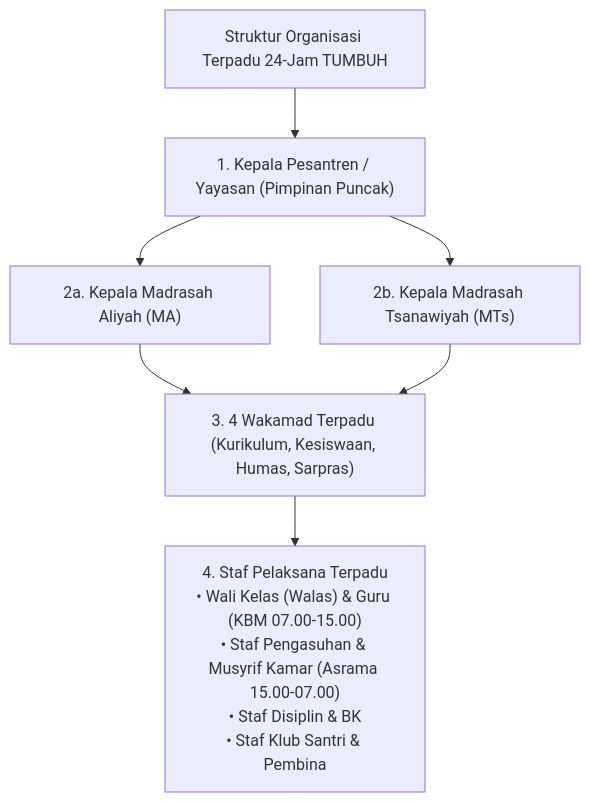
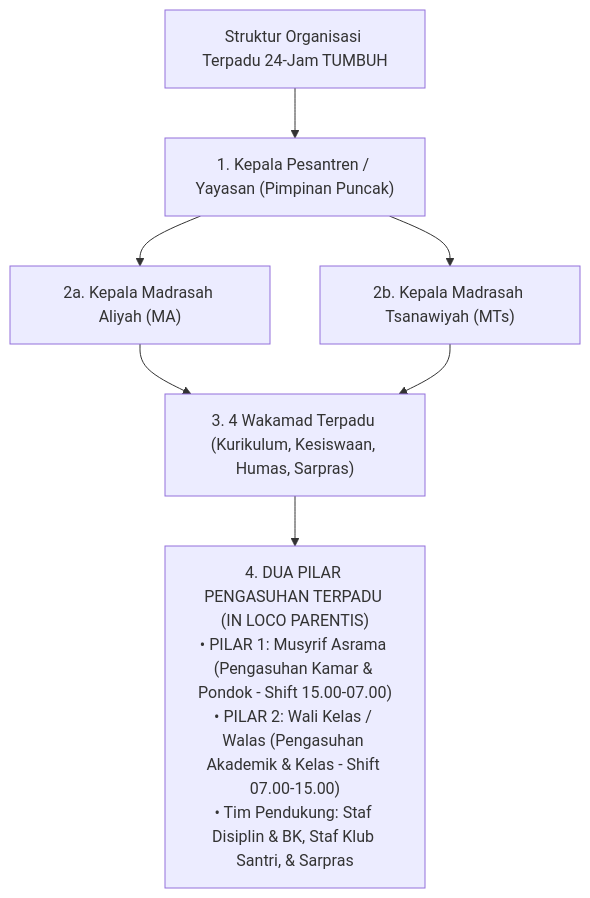
The first of 3 diagrams in 07 Implementation Framework/Jurnal-Monograf-Riset-Struktur-Terpadu-Pengasuhan.md (wandiapriliyandi/tumbuh), drawn with Mermaid before and after one commit. The commit also changed other lines of this file and 3 other files, not shown here.

Commit message:
feat: affirm Dual-Pillar Caretaking Concept (Musyrif Asrama + Wali Kelas Walas) in In Loco Parentis framework

````diff
--- a/07 Implementation Framework/Jurnal-Monograf-Riset-Struktur-Terpadu-Pengasuhan.md
+++ b/07 Implementation Framework/Jurnal-Monograf-Riset-Struktur-Terpadu-Pengasuhan.md
@@ -26,10 +26,10 @@
 ```mermaid
 graph TD
     IntegratedOrg["Struktur Organisasi Terpadu 24-Jam TUMBUH"]
     IntegratedOrg --> Pimpinan["1. Kepala Pesantren / Yayasan (Pimpinan Puncak)"]
     Pimpinan --> KMA["2a. Kepala Madrasah Aliyah (MA)"]
     Pimpinan --> KMTS["2b. Kepala Madrasah Tsanawiyah (MTs)"]
     KMA --> WakamadGroup["3. 4 Wakamad Terpadu (Kurikulum, Kesiswaan, Humas, Sarpras)"]
     KMTS --> WakamadGroup
-    WakamadGroup --> StafPelaksana["4. Staf Pelaksana Terpadu<br/>• Wali Kelas (Walas) & Guru (KBM 07.00-15.00)<br/>• Staf Pengasuhan & Musyrif Kamar (Asrama 15.00-07.00)<br/>• Staf Disiplin & BK<br/>• Staf Klub Santri & Pembina"]
+    WakamadGroup --> DualPillarCaretaking["4. DUA PILAR PENGASUHAN TERPADU (IN LOCO PARENTIS)<br/>• PILAR 1: Musyrif Asrama (Pengasuhan Kamar & Pondok - Shift 15.00-07.00)<br/>• PILAR 2: Wali Kelas / Walas (Pengasuhan Akademik & Kelas - Shift 07.00-15.00)<br/>• Tim Pendukung: Staf Disiplin & BK, Staf Klub Santri, & Sarpras"]
 ```
````
